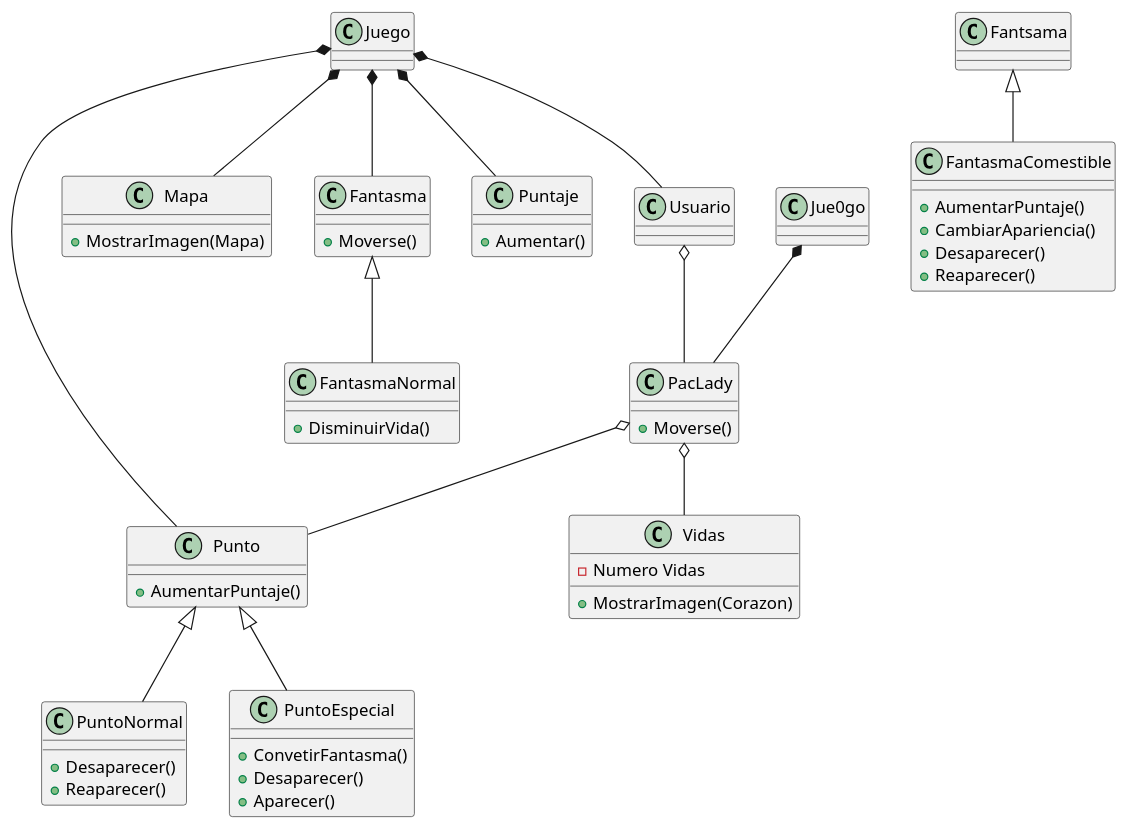
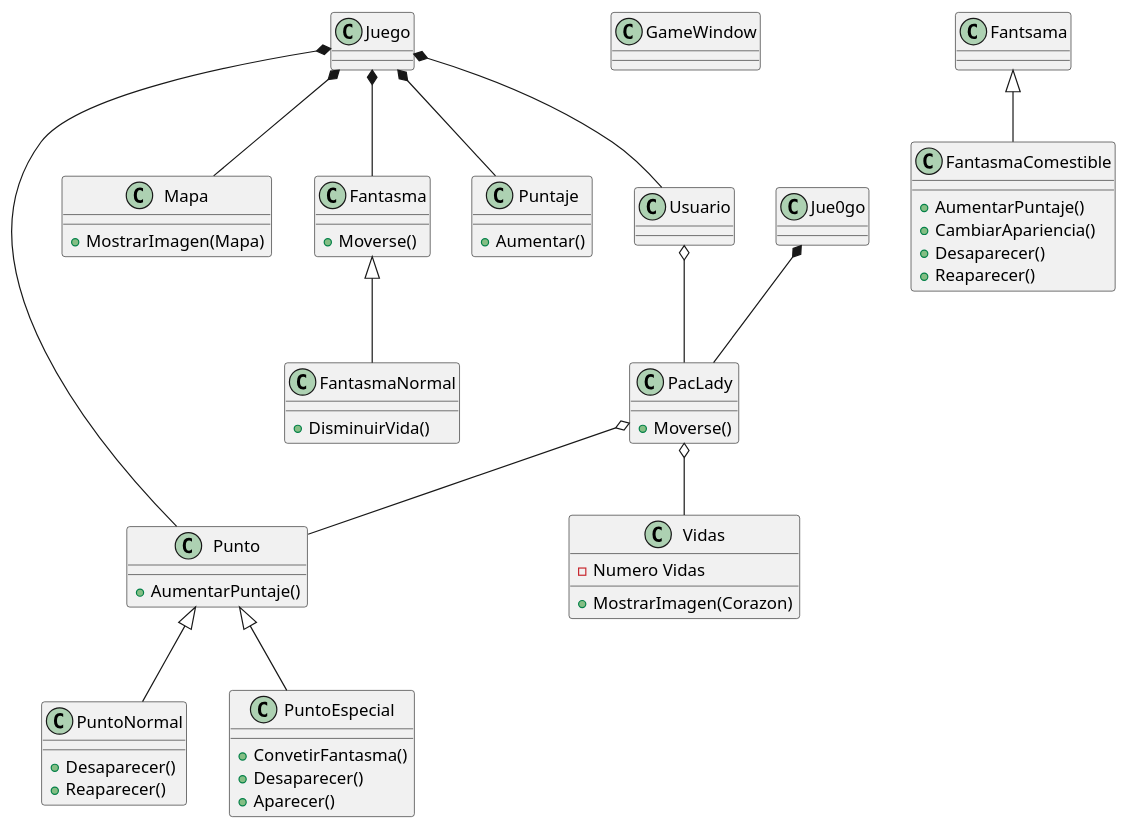
One commit to renata-olvera1/Pac-Lady changed the diagram in docs/diagrama.puml. Above: the diagram before and after it, drawn with PlantUML. The commit also changed 2 other files, not shown here.

```diff
--- a/docs/diagrama.puml
+++ b/docs/diagrama.puml
@@ -1,57 +1,58 @@
 @startuml diagrama
 
 class Juego
+class GameWindow
 class Usuario
 class PacLady{
     +Moverse()
 }
 class Vidas{
     -Numero Vidas
     + MostrarImagen(Corazon)
 }
 class Punto{
     +AumentarPuntaje()
 }
 class PuntoNormal{
     +Desaparecer()
     +Reaparecer()
 }
 class PuntoEspecial{
     +ConvetirFantasma()
     +Desaparecer()
     +Aparecer()
 }
 class Mapa{
     +MostrarImagen(Mapa)
 }
 class Fantasma{
     +Moverse()
 }
 class FantasmaNormal{
     +DisminuirVida()
 }
 class FantasmaComestible{
     +AumentarPuntaje()
     +CambiarApariencia()
     +Desaparecer()
     +Reaparecer()
 }
 class Puntaje{
     +Aumentar()
 }
 
 Juego *-- Usuario
 Juego *-- Puntaje
 Jue0go *-- PacLady
 Juego *-- Punto
 Juego *-- Mapa
 Punto <|-- PuntoNormal 
 Punto <|-- PuntoEspecial
 Juego *-- Fantasma
 Fantsama <|-- FantasmaComestible
 Fantasma <|-- FantasmaNormal
 Usuario o-- PacLady
 PacLady o-- Punto
 PacLady o-- Vidas
 
 @enduml
```
